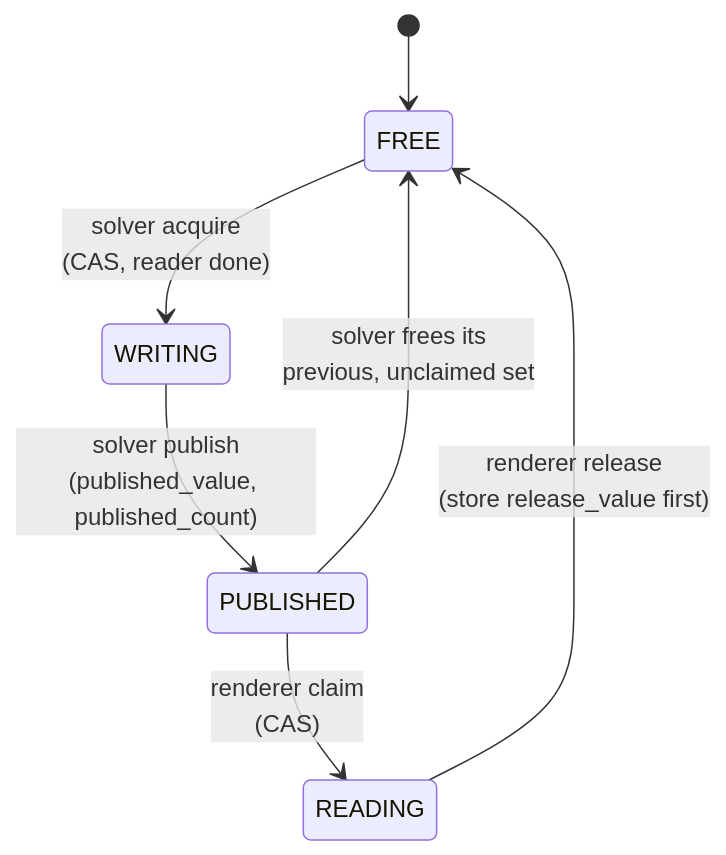
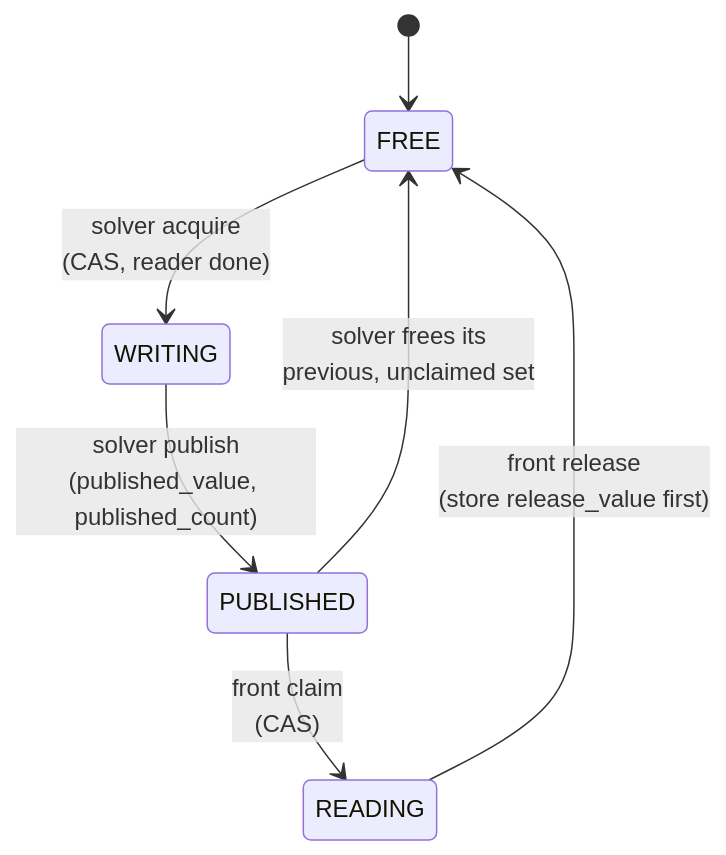
One commit to TanukiConDos/Gravity-Simulator changed the third of 5 diagrams in docs/gpu_physics.md. Above: the diagram before and after it, drawn with Mermaid. The commit also changed other lines of this file and 7 other files, not shown here.

First line of the commit message:
docs: four-package graphics split and the ECS-free backend rule

````diff
--- a/docs/gpu_physics.md
+++ b/docs/gpu_physics.md
@@ -234,9 +235,9 @@
 ```mermaid
 stateDiagram-v2
     [*] --> FREE
     FREE --> WRITING: solver acquire<br/>(CAS, reader done)
     WRITING --> PUBLISHED: solver publish<br/>(published_value, published_count)
-    PUBLISHED --> READING: renderer claim<br/>(CAS)
-    READING --> FREE: renderer release<br/>(store release_value first)
+    PUBLISHED --> READING: front claim<br/>(CAS)
+    READING --> FREE: front release<br/>(store release_value first)
     PUBLISHED --> FREE: solver frees its<br/>previous, unclaimed set
 ```
````
